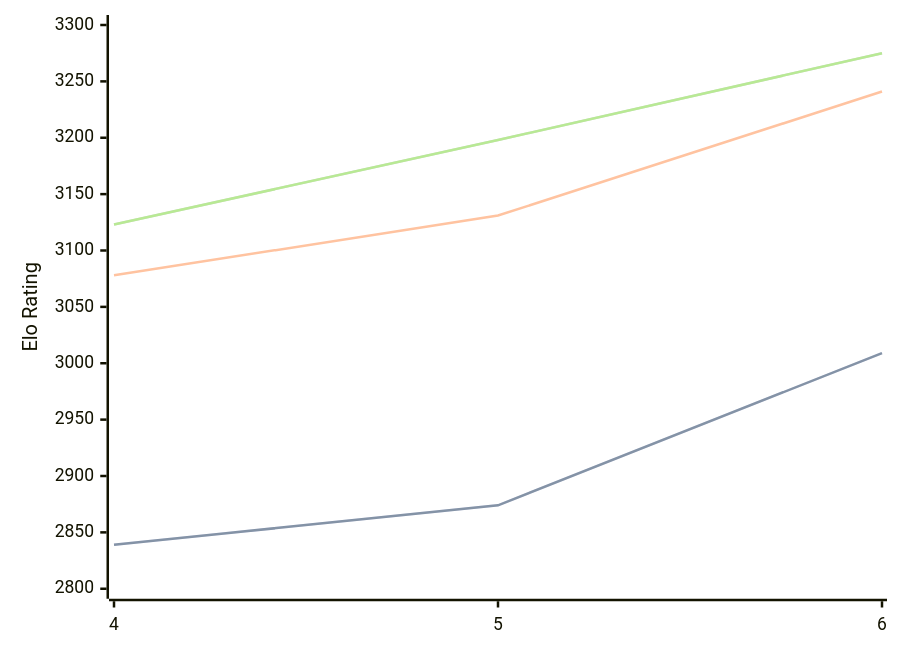
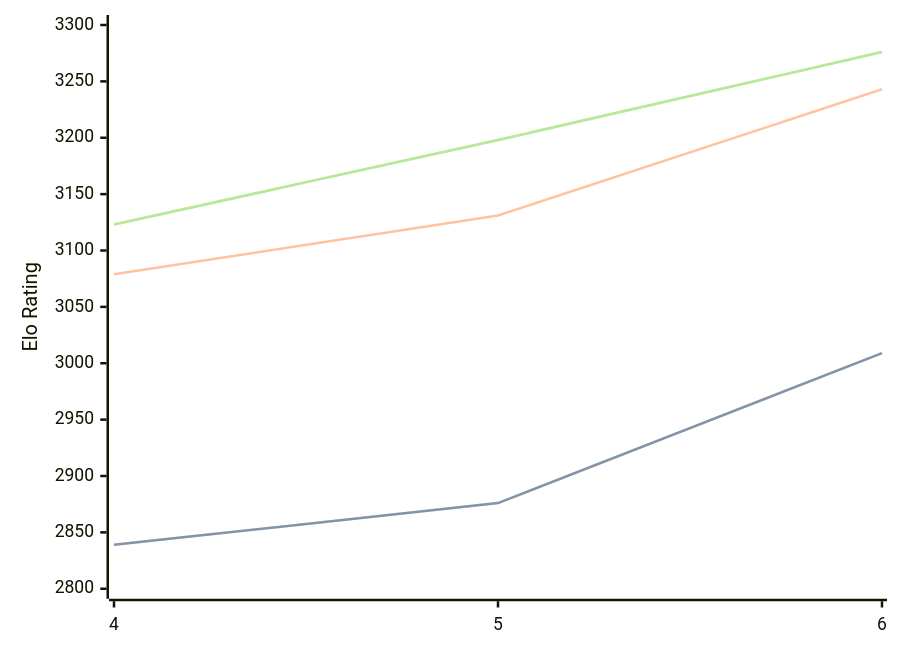
One commit to computer-chess-index/cci changed the first of 3 diagrams in engines/Cwtch.md. Above: the diagram before and after it, drawn with Mermaid. The commit also changed other lines of this file, not shown here.

Commit message:
Update CCI Ratings (ELO VLTC) - 2026-07-14

````diff
--- a/engines/Cwtch.md
+++ b/engines/Cwtch.md
@@ -36,11 +36,11 @@
 ```mermaid
 %%{init: {"theme":"base","themeVariables":{"seriesColors:['#a3a3a3','#222221','#faa371']}}}%%
 xychart-beta
   x-axis ["4", "5", "6"]
   y-axis "Elo Rating" 2800 --> 3300
-  line "STC (8.0+0.08s)" [2839, 2874, 3009]
-  line "STC (8.0+0.08s)" [2839, 2874, 3009]
-  line "LTC (60.0+0.60s)" [3078, 3131, 3241]
-  line "VLTC (2m24s+1.12s)" [3123, 3198, 3275]
-  line "VLTC (2m24s+1.12s)" [3123, 3198, 3275]
+  line "STC (8.0+0.08s)" [2839, 2876, 3009]
+  line "STC (8.0+0.08s)" [2839, 2876, 3009]
+  line "LTC (60.0+0.60s)" [3079, 3131, 3243]
+  line "VLTC (2m24s+1.12s)" [3123, 3198, 3276]
+  line "VLTC (2m24s+1.12s)" [3123, 3198, 3276]
 ```
````
